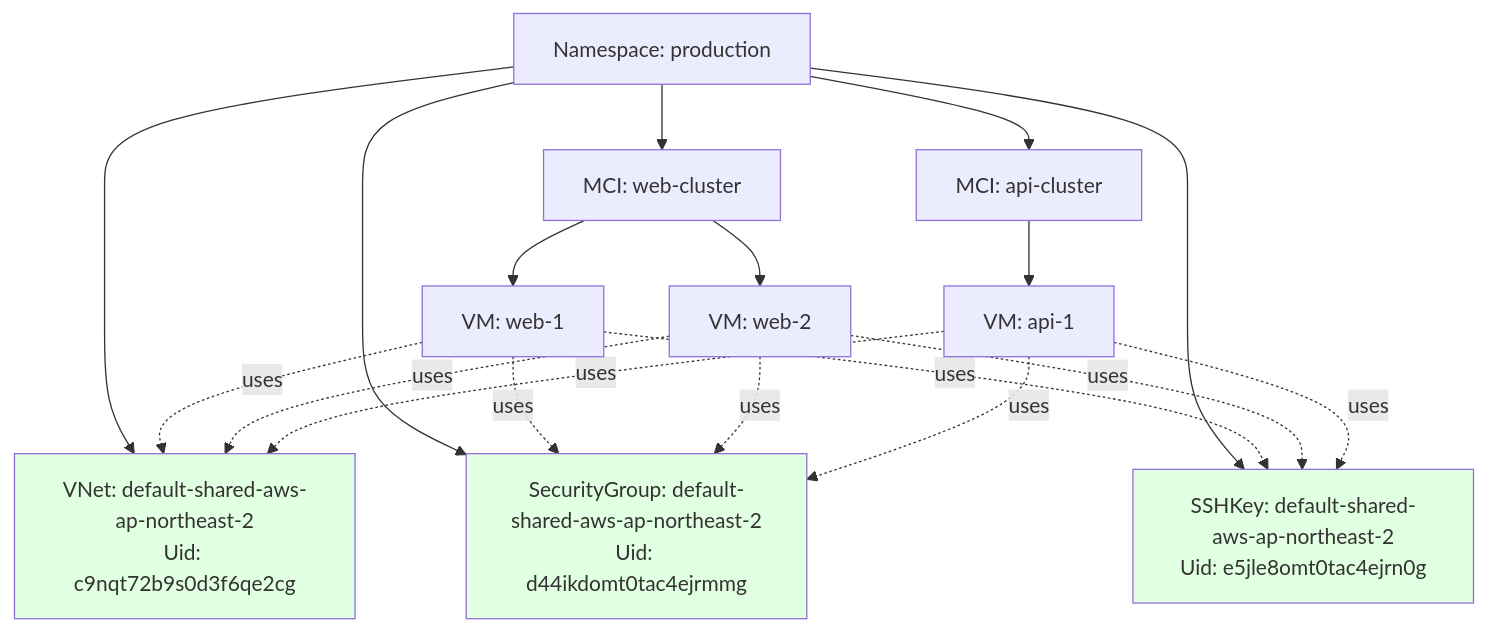
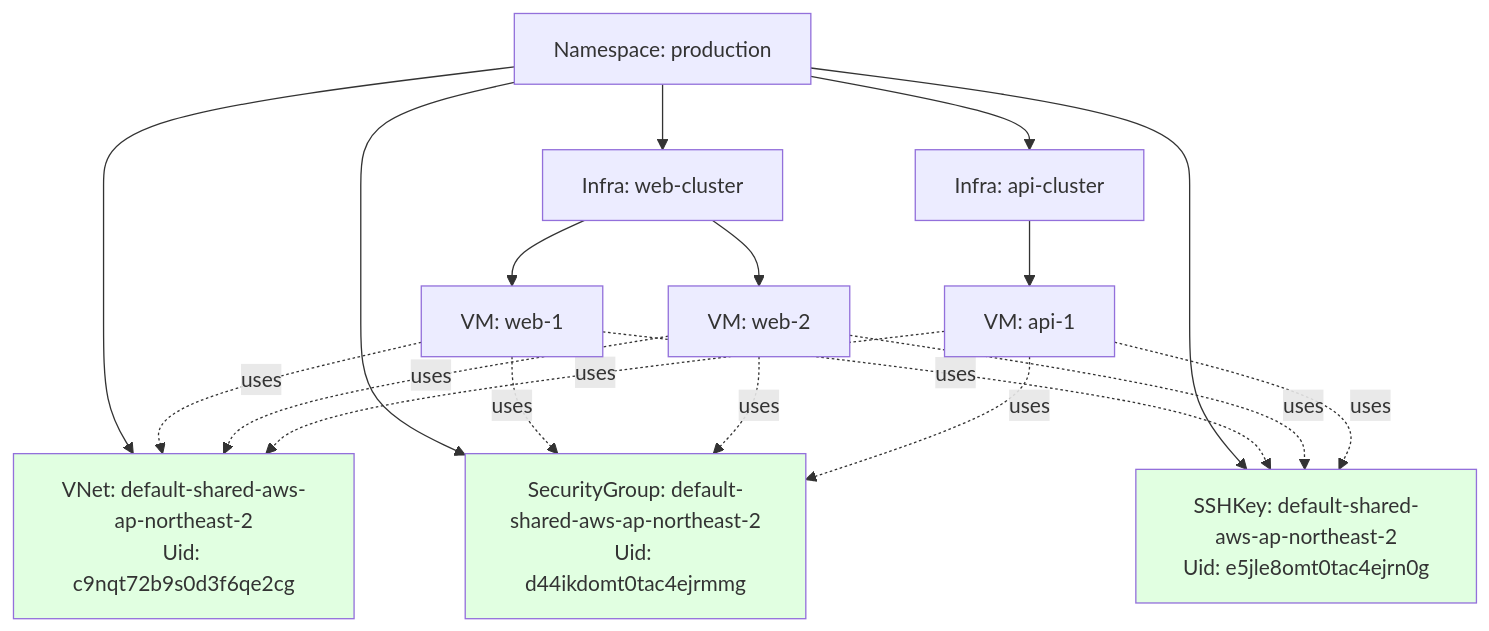
Before and after one commit to cloud-barista/cb-tumblebug: the eighth of 10 diagrams in docs/feature_guide/namespace-and-resource-identity.md, drawn with Mermaid. The commit also changed other lines of this file and 197 other files, not shown here.

````diff
--- a/docs/feature_guide/namespace-and-resource-identity.md
+++ b/docs/feature_guide/namespace-and-resource-identity.md
@@ -456,42 +456,42 @@
 ```mermaid
 graph TB
     NS[Namespace: production]
     
     VNET[VNet: default-shared-aws-ap-northeast-2<br/>Uid: c9nqt72b9s0d3f6qe2cg]
     SG[SecurityGroup: default-shared-aws-ap-northeast-2<br/>Uid: d44ikdomt0tac4ejrmmg]
     SSH[SSHKey: default-shared-aws-ap-northeast-2<br/>Uid: e5jle8omt0tac4ejrn0g]
     
     NS --> VNET
     NS --> SG
     NS --> SSH
     
-    MCI1[MCI: web-cluster]
-    MCI2[MCI: api-cluster]
+    Infra1[Infra: web-cluster]
+    Infra2[Infra: api-cluster]
     
-    NS --> MCI1
-    NS --> MCI2
+    NS --> Infra1
+    NS --> Infra2
     
     VM1[VM: web-1]
     VM2[VM: web-2]
     VM3[VM: api-1]
     
-    MCI1 --> VM1
-    MCI1 --> VM2
-    MCI2 --> VM3
+    Infra1 --> VM1
+    Infra1 --> VM2
+    Infra2 --> VM3
     
     VM1 -.uses.-> VNET
     VM1 -.uses.-> SG
     VM1 -.uses.-> SSH
     
     VM2 -.uses.-> VNET
     VM2 -.uses.-> SG
     VM2 -.uses.-> SSH
     
     VM3 -.uses.-> VNET
     VM3 -.uses.-> SG
     VM3 -.uses.-> SSH
     
     style VNET fill:#e1ffe1
     style SG fill:#e1ffe1
     style SSH fill:#e1ffe1
 ```
````
